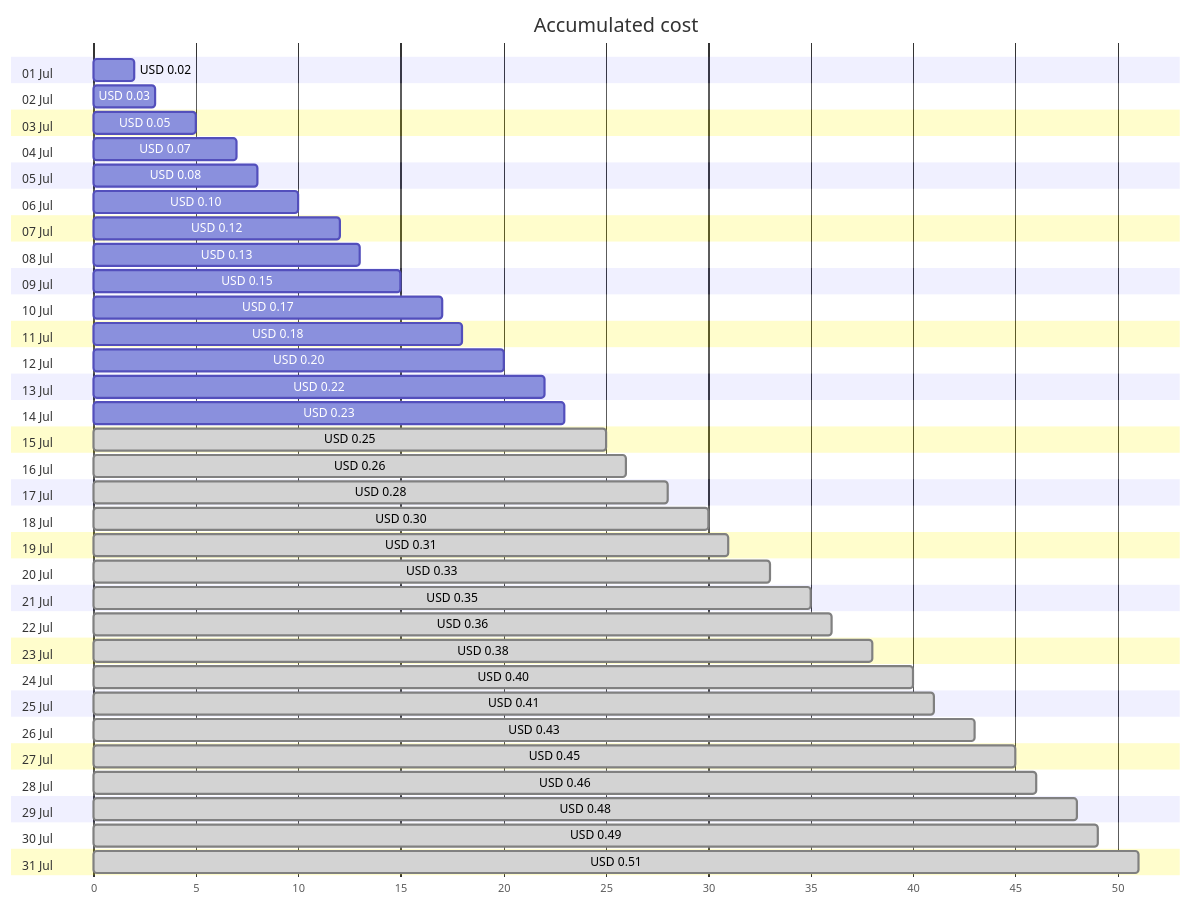
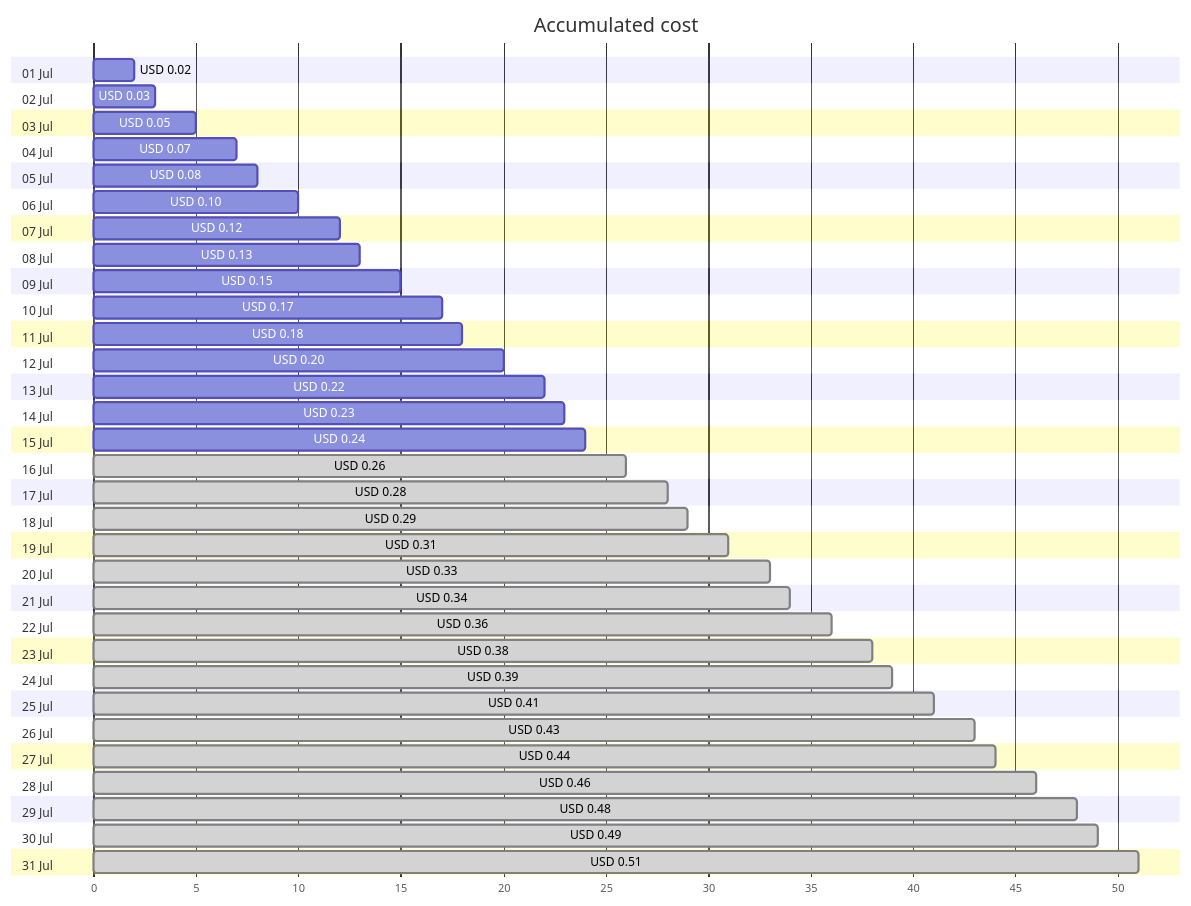
Before and after one commit to jpfulton/azure-personal-reports: the first of 4 diagrams in cost-reports/personal-dns/jpatrickfulton.dev.md, drawn with Mermaid. The commit also changed other lines of this file and 2 other files, not shown here.

````diff
--- a/cost-reports/personal-dns/jpatrickfulton.dev.md
+++ b/cost-reports/personal-dns/jpatrickfulton.dev.md
@@ -20,68 +20,68 @@
 ```mermaid
 gantt
    title Accumulated cost
    dateFormat  X
    axisFormat %s
    section 01 Jul
    USD 0.02 :0, 2
    section 02 Jul
    USD 0.03 :0, 3
    section 03 Jul
    USD 0.05 :0, 5
    section 04 Jul
    USD 0.07 :0, 7
    section 05 Jul
    USD 0.08 :0, 8
    section 06 Jul
    USD 0.10 :0, 10
    section 07 Jul
    USD 0.12 :0, 12
    section 08 Jul
    USD 0.13 :0, 13
    section 09 Jul
    USD 0.15 :0, 15
    section 10 Jul
    USD 0.17 :0, 17
    section 11 Jul
    USD 0.18 :0, 18
    section 12 Jul
    USD 0.20 :0, 20
    section 13 Jul
    USD 0.22 :0, 22
    section 14 Jul
    USD 0.23 :0, 23
    section 15 Jul
-   USD 0.25 : done, 0, 25
+   USD 0.24 :0, 24
    section 16 Jul
    USD 0.26 : done, 0, 26
    section 17 Jul
    USD 0.28 : done, 0, 28
    section 18 Jul
-   USD 0.30 : done, 0, 30
+   USD 0.29 : done, 0, 29
    section 19 Jul
    USD 0.31 : done, 0, 31
    section 20 Jul
    USD 0.33 : done, 0, 33
    section 21 Jul
-   USD 0.35 : done, 0, 35
+   USD 0.34 : done, 0, 34
    section 22 Jul
    USD 0.36 : done, 0, 36
    section 23 Jul
    USD 0.38 : done, 0, 38
    section 24 Jul
-   USD 0.40 : done, 0, 40
+   USD 0.39 : done, 0, 39
    section 25 Jul
    USD 0.41 : done, 0, 41
    section 26 Jul
    USD 0.43 : done, 0, 43
    section 27 Jul
-   USD 0.45 : done, 0, 45
+   USD 0.44 : done, 0, 44
    section 28 Jul
    USD 0.46 : done, 0, 46
    section 29 Jul
    USD 0.48 : done, 0, 48
    section 30 Jul
    USD 0.49 : done, 0, 49
    section 31 Jul
    USD 0.51 : done, 0, 51
 ```
````
